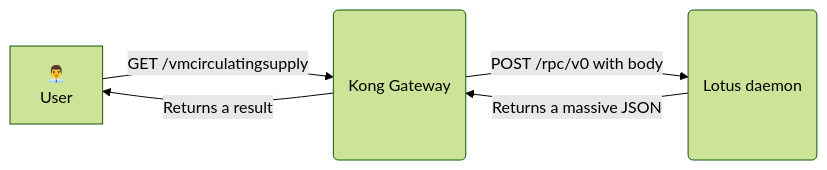
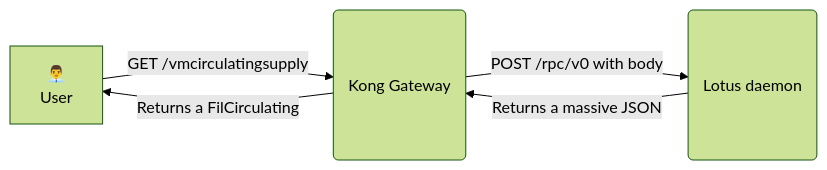
One commit to glifio/filecoin-iac changed the second of 2 diagrams in modules/api_gw_kong/README.md. Above: the diagram before and after it, drawn with Mermaid (forest theme). The commit also changed other lines of this file and 8 other files, not shown here.

`````diff
--- a/modules/api_gw_kong/README.md
+++ b/modules/api_gw_kong/README.md
@@ -90,8 +97,8 @@
 ````mermaid
 flowchart LR
     A["👨‍💼" \n User] -->|GET /vmcirculatingsupply| B(\n\n Kong Gateway\n\n\n)
     B --> | POST /rpc/v0 with body | C(\n\n Lotus daemon\n\n\n)
     C --> | Returns a massive JSON | B 
-    B --> | Returns a result | A 
+    B --> | Returns a FilCirculating | A 
     
 ````
`````
